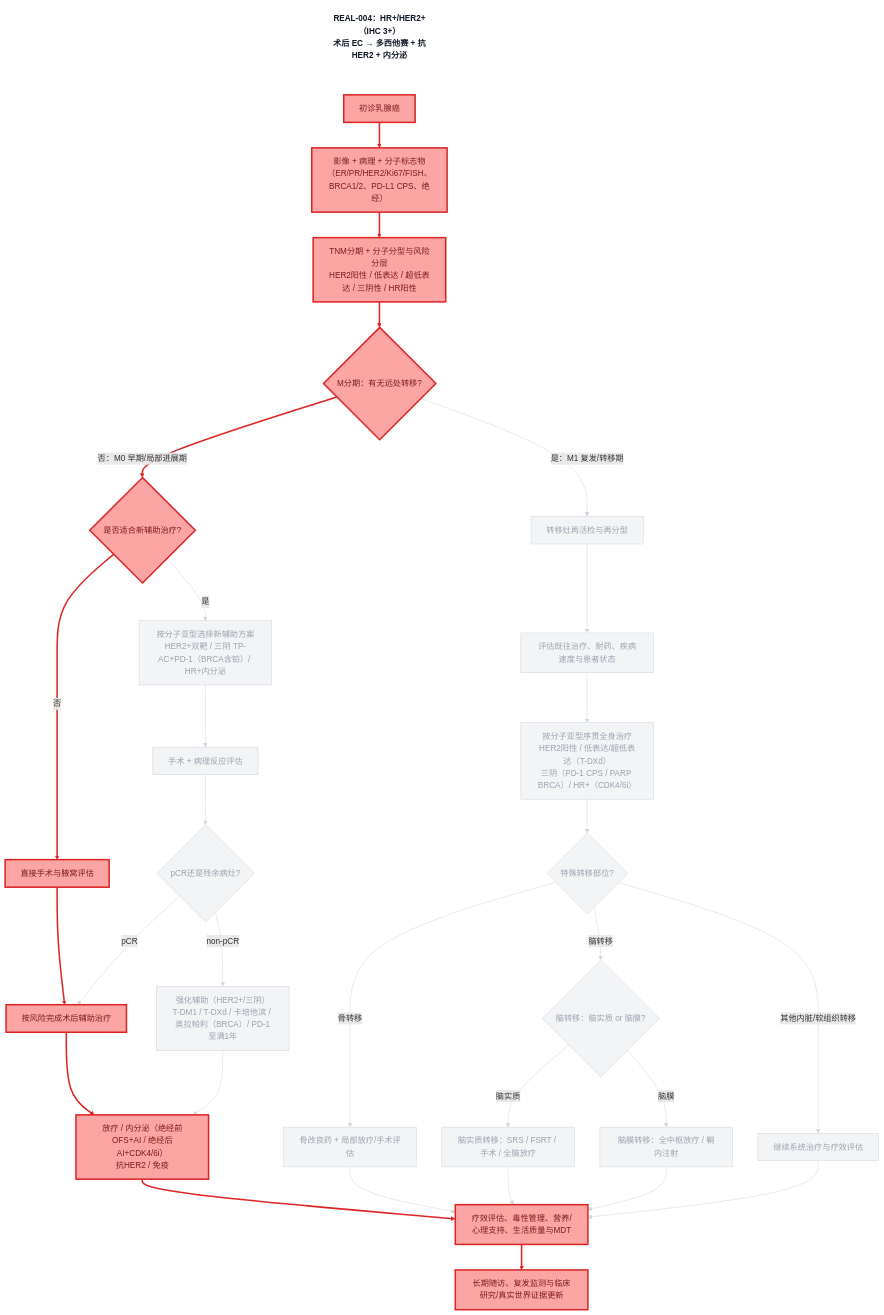
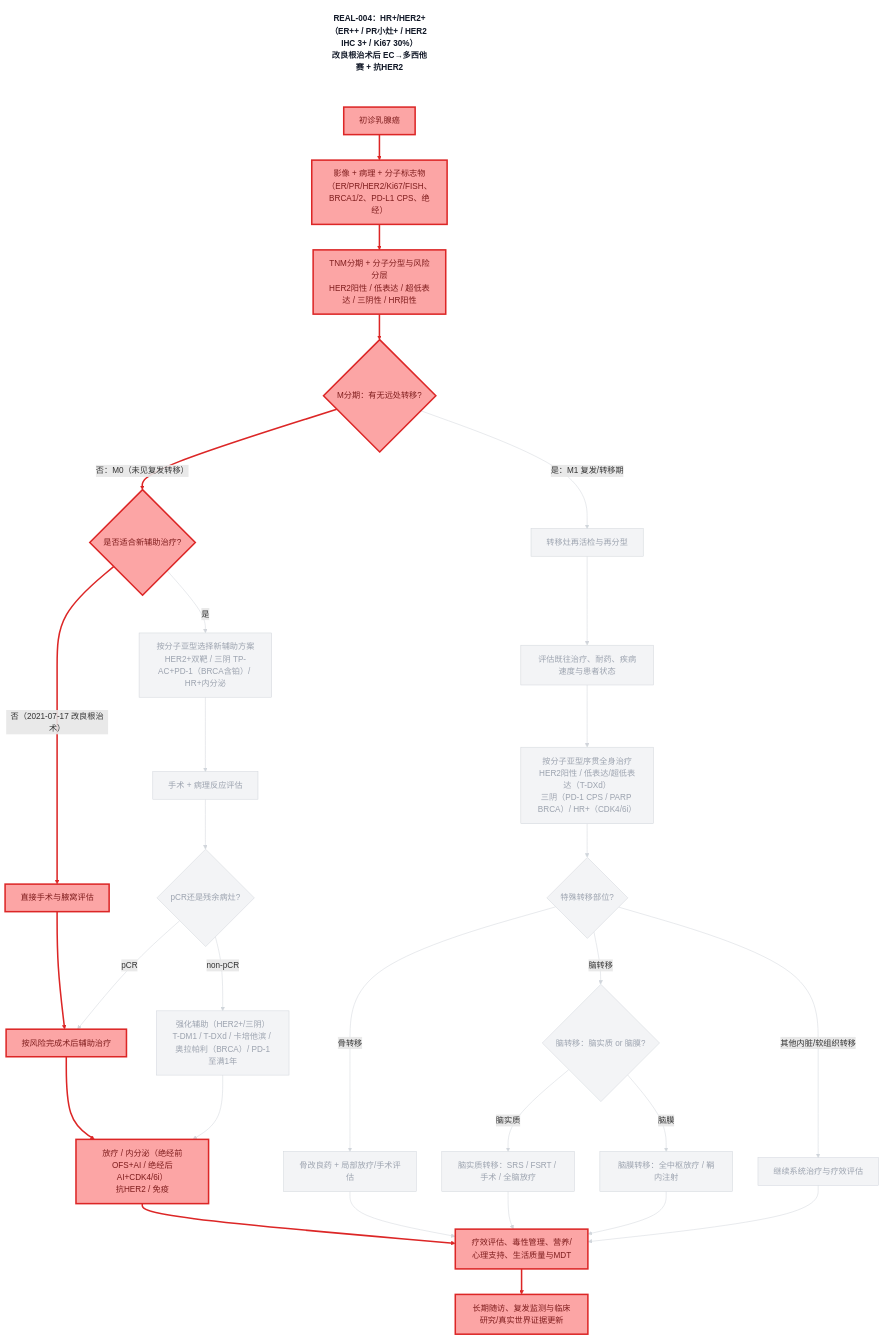
One commit to dongjb741280/breast-cancer changed the diagram in diagrams/decision-chain-REAL-004.mmd. Above: the diagram before and after it, drawn with Mermaid. The commit also changed 21 other files, not shown here.

First line of the commit message:
Show raw evidence on decision-chain diagrams

```diff
--- a/diagrams/decision-chain-REAL-004.mmd
+++ b/diagrams/decision-chain-REAL-004.mmd
@@ -1,109 +1,109 @@
 graph TD
-    TITLE["REAL-004：HR+/HER2+（IHC 3+）<br/>术后 EC → 多西他赛 + 抗HER2 + 内分泌"]
+    TITLE["REAL-004：HR+/HER2+（ER++ / PR小灶+ / HER2 IHC 3+ / Ki67 30%）<br/>改良根治术后 EC→多西他赛 + 抗HER2"]
     A[初诊乳腺癌]
     B[影像 + 病理 + 分子标志物<br/>（ER/PR/HER2/Ki67/FISH、BRCA1/2、PD-L1 CPS、绝经）]
     C[TNM分期 + 分子分型与风险分层<br/>HER2阳性 / 低表达 / 超低表达 / 三阴性 / HR阳性]
     D{M分期：有无远处转移?}
     E{是否适合新辅助治疗?}
     F[按分子亚型选择新辅助方案<br/>HER2+双靶 / 三阴 TP-AC+PD-1（BRCA含铂）/ HR+内分泌]
     G[直接手术与腋窝评估]
     H[手术 + 病理反应评估]
     I{pCR还是残余病灶?}
     J[按风险完成术后辅助治疗]
     K[强化辅助（HER2+/三阴）<br/>T-DM1 / T-DXd / 卡培他滨 / 奥拉帕利（BRCA）/ PD-1至满1年]
     L[放疗 / 内分泌（绝经前OFS+AI / 绝经后AI+CDK4/6i）<br/>抗HER2 / 免疫]
     M[转移灶再活检与再分型]
     N[评估既往治疗、耐药、疾病速度与患者状态]
     O[按分子亚型序贯全身治疗<br/>HER2阳性 / 低表达/超低表达（T-DXd）<br/>三阴（PD-1 CPS / PARP BRCA）/ HR+（CDK4/6i）]
     P{特殊转移部位?}
     Q[骨改良药 + 局部放疗/手术评估]
     R{脑转移：脑实质 or 脑膜?}
     R1[脑实质转移：SRS / FSRT / 手术 / 全脑放疗]
     R2[脑膜转移：全中枢放疗 / 鞘内注射]
     S[继续系统治疗与疗效评估]
     T[疗效评估、毒性管理、营养/心理支持、生活质量与MDT]
     U[长期随访、复发监测与临床研究/真实世界证据更新]
     A --> B
     B --> C
     C --> D
-    D -->|否：M0 早期/局部进展期| E
+    D -->|否：M0（未见复发转移）| E
     E -->|是| F
-    E -->|否| G
+    E -->|否（2021-07-17 改良根治术）| G
     F --> H
     G --> J
     H --> I
     I -->|pCR| J
     I -->|non-pCR| K
     J --> L
     K --> L
     D -->|是：M1 复发/转移期| M
     M --> N
     N --> O
     O --> P
     P -->|骨转移| Q
     P -->|脑转移| R
     P -->|其他内脏/软组织转移| S
     R -->|脑实质| R1
     R -->|脑膜| R2
     L --> T
     Q --> T
     R1 --> T
     R2 --> T
     S --> T
     T --> U
     TITLE ~~~ A
     classDef path fill:#fca5a5,stroke:#dc2626,color:#7f1d1d,stroke-width:3px;
     classDef dim fill:#f3f4f6,stroke:#d1d5db,color:#9ca3af,stroke-width:1px;
     classDef caption fill:#fff,stroke:none,color:#111827,font-weight:bold;
     class TITLE caption;
     class A path;
     class B path;
     class C path;
     class D path;
     class E path;
     class F dim;
     class G path;
     class H dim;
     class I dim;
     class J path;
     class K dim;
     class L path;
     class M dim;
     class N dim;
     class O dim;
     class P dim;
     class Q dim;
     class R dim;
     class R1 dim;
     class R2 dim;
     class S dim;
     class T path;
     class U path;
     linkStyle 0 stroke:#dc2626,stroke-width:3px;
     linkStyle 1 stroke:#dc2626,stroke-width:3px;
     linkStyle 2 stroke:#dc2626,stroke-width:3px;
     linkStyle 3 stroke:#dc2626,stroke-width:3px;
     linkStyle 4 stroke:#d1d5db,stroke-width:1px;
     linkStyle 5 stroke:#dc2626,stroke-width:3px;
     linkStyle 6 stroke:#d1d5db,stroke-width:1px;
     linkStyle 7 stroke:#dc2626,stroke-width:3px;
     linkStyle 8 stroke:#d1d5db,stroke-width:1px;
     linkStyle 9 stroke:#d1d5db,stroke-width:1px;
     linkStyle 10 stroke:#d1d5db,stroke-width:1px;
     linkStyle 11 stroke:#dc2626,stroke-width:3px;
     linkStyle 12 stroke:#d1d5db,stroke-width:1px;
     linkStyle 13 stroke:#d1d5db,stroke-width:1px;
     linkStyle 14 stroke:#d1d5db,stroke-width:1px;
     linkStyle 15 stroke:#d1d5db,stroke-width:1px;
     linkStyle 16 stroke:#d1d5db,stroke-width:1px;
     linkStyle 17 stroke:#d1d5db,stroke-width:1px;
     linkStyle 18 stroke:#d1d5db,stroke-width:1px;
     linkStyle 19 stroke:#d1d5db,stroke-width:1px;
     linkStyle 20 stroke:#d1d5db,stroke-width:1px;
     linkStyle 21 stroke:#d1d5db,stroke-width:1px;
     linkStyle 22 stroke:#dc2626,stroke-width:3px;
     linkStyle 23 stroke:#d1d5db,stroke-width:1px;
     linkStyle 24 stroke:#d1d5db,stroke-width:1px;
     linkStyle 25 stroke:#d1d5db,stroke-width:1px;
     linkStyle 26 stroke:#d1d5db,stroke-width:1px;
     linkStyle 27 stroke:#dc2626,stroke-width:3px;
```
